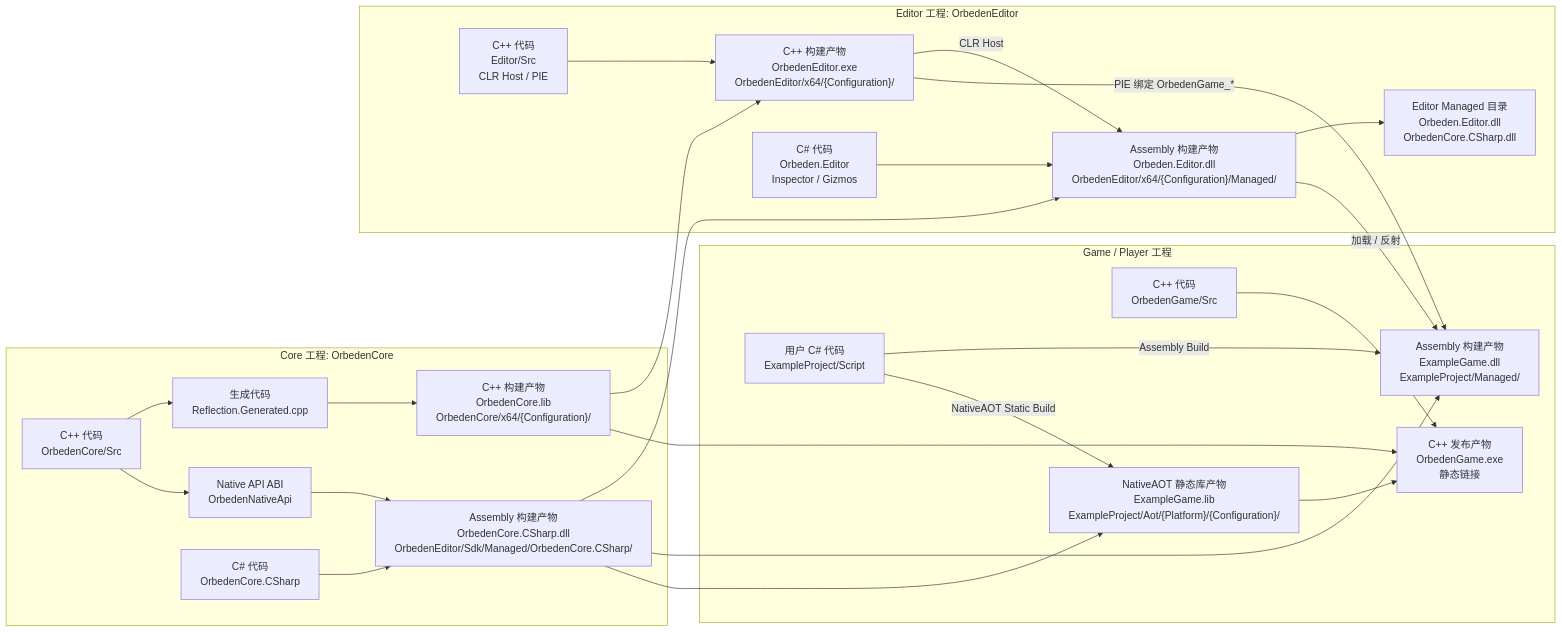
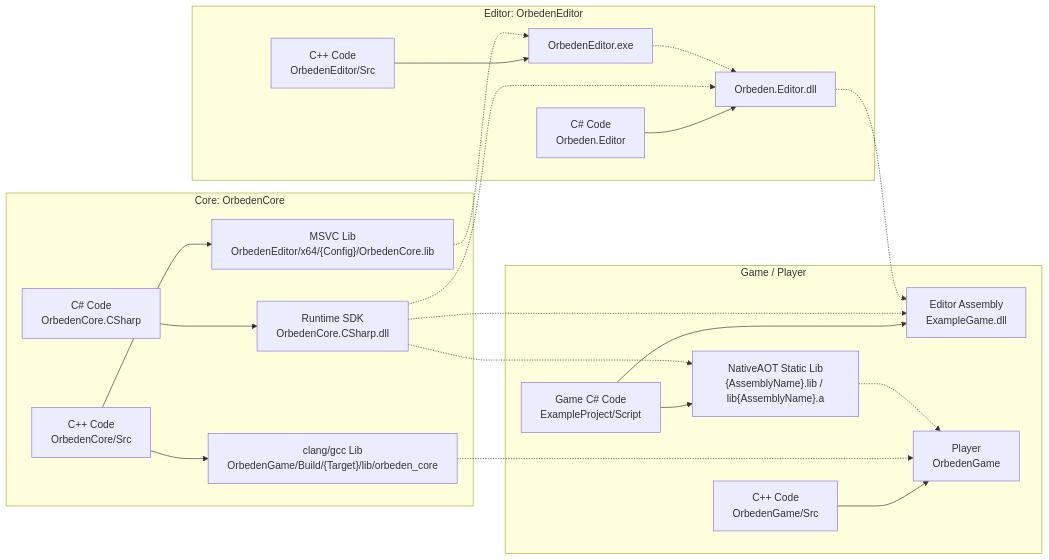
Before and after one commit to REW-Z/orbeden: the first of 2 diagrams in Docs/BuildAndPackaging.md, drawn with Mermaid. The commit also changed other lines of this file and 66 other files, not shown here.

````diff
--- a/Docs/BuildAndPackaging.md
+++ b/Docs/BuildAndPackaging.md
@@ -16,56 +21,43 @@
 ```mermaid
 flowchart LR
-    subgraph Core["Core 工程: OrbedenCore"]
-        CoreCppCode["C++ 代码\nOrbedenCore/Src"]
-        CoreMeta["生成代码\nReflection.Generated.cpp"]
-        CoreLib["C++ 构建产物\nOrbedenCore.lib\nOrbedenCore/x64/{Configuration}/"]
-        CoreNativeApi["Native API ABI\nOrbedenNativeApi"]
-
-        CoreCsCode["C# 代码\nOrbedenCore.CSharp"]
-        CoreCsDll["Assembly 构建产物\nOrbedenCore.CSharp.dll\nOrbedenEditor/Sdk/Managed/OrbedenCore.CSharp/"]
-
-        CoreCppCode --> CoreMeta
-        CoreMeta --> CoreLib
-        CoreCppCode --> CoreNativeApi
-        CoreCsCode --> CoreCsDll
+    subgraph Core["Core: OrbedenCore"]
+        CoreCpp["C++ Code\nOrbedenCore/Src"]
+        CoreCs["C# Code\nOrbedenCore.CSharp"]
+        CoreMsvcLib["MSVC Lib\nOrbedenEditor/x64/{Config}/OrbedenCore.lib"]
+        CorePlayerLib["clang/gcc Lib\nOrbedenGame/Build/{Target}/lib/orbeden_core"]
+        CoreSdk["Runtime SDK\nOrbedenCore.CSharp.dll"]
     end
 
-    subgraph Editor["Editor 工程: OrbedenEditor"]
-        EditorCppCode["C++ 代码\nEditor/Src\nCLR Host / PIE"]
-        EditorExe["C++ 构建产物\nOrbedenEditor.exe\nOrbedenEditor/x64/{Configuration}/"]
-
-        EditorCsCode["C# 代码\nOrbeden.Editor\nInspector / Gizmos"]
-        EditorCsDll["Assembly 构建产物\nOrbeden.Editor.dll\nOrbedenEditor/x64/{Configuration}/Managed/"]
-        EditorManagedDir["Editor Managed 目录\nOrbeden.Editor.dll\nOrbedenCore.CSharp.dll"]
-
-        EditorCppCode --> EditorExe
-        EditorCsCode --> EditorCsDll
-        EditorCsDll --> EditorManagedDir
+    subgraph Editor["Editor: OrbedenEditor"]
+        EditorCpp["C++ Code\nOrbedenEditor/Src"]
+        EditorCs["C# Code\nOrbeden.Editor"]
+        EditorExe["OrbedenEditor.exe"]
+        EditorDll["Orbeden.Editor.dll"]
     end
 
-    subgraph Game["Game / Player 工程"]
-        GameCppCode["C++ 代码\nOrbedenGame/Src"]
-        GameExe["C++ 发布产物\nOrbedenGame.exe\n静态链接"]
-
-        GameCsCode["用户 C# 代码\nExampleProject/Script"]
-        GameDll["Assembly 构建产物\nExampleGame.dll\nExampleProject/Managed/"]
-        GameLib["NativeAOT 静态库产物\nExampleGame.lib\nExampleProject/Aot/{Platform}/{Configuration}/"]
-
-        GameCppCode --> GameExe
-        GameCsCode -->|Assembly Build| GameDll
-        GameCsCode -->|NativeAOT Static Build| GameLib
-        GameLib --> GameExe
+    subgraph Game["Game / Player"]
+        GameCpp["C++ Code\nOrbedenGame/Src"]
+        GameCs["Game C# Code\nExampleProject/Script"]
+        GameDll["Editor Assembly\nExampleGame.dll"]
+        GameAot["NativeAOT Static Lib\n{AssemblyName}.lib / lib{AssemblyName}.a"]
+        GameExe["Player\nOrbedenGame"]
     end
 
-    CoreLib --> EditorExe
-    CoreLib --> GameExe
-    CoreNativeApi --> CoreCsDll
+    CoreCpp --> CoreMsvcLib
+    CoreCpp --> CorePlayerLib
+    CoreCs --> CoreSdk
+    EditorCpp --> EditorExe
+    EditorCs --> EditorDll
+    GameCs --> GameDll
+    GameCs --> GameAot
+    GameCpp --> GameExe
 
-    CoreCsDll --> EditorCsDll
-    CoreCsDll --> GameDll
-    CoreCsDll --> GameLib
-
-    EditorExe -->|CLR Host| EditorCsDll
-    EditorCsDll -->|加载 / 反射| GameDll
-    EditorExe -->|PIE 绑定 OrbedenGame_*| GameDll
+    CoreMsvcLib -.-> EditorExe
+    CorePlayerLib -.-> GameExe
+    CoreSdk -.-> EditorDll
+    CoreSdk -.-> GameDll
+    CoreSdk -.-> GameAot
+    EditorExe -.-> EditorDll
+    EditorDll -.-> GameDll
+    GameAot -.-> GameExe
 ```
````
